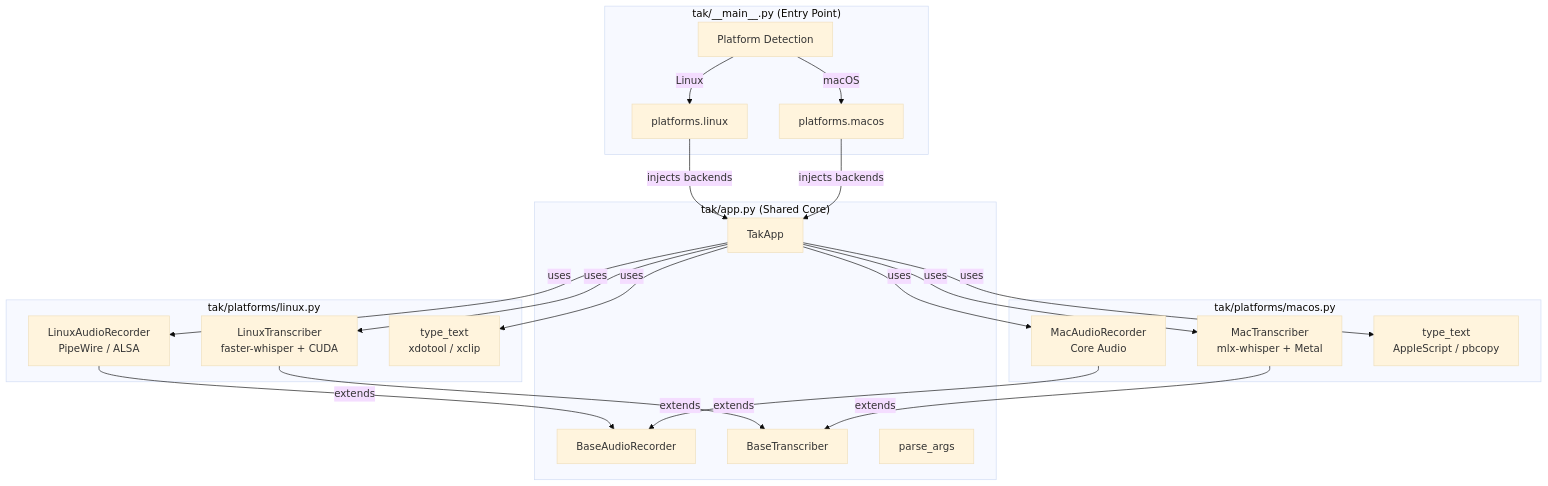
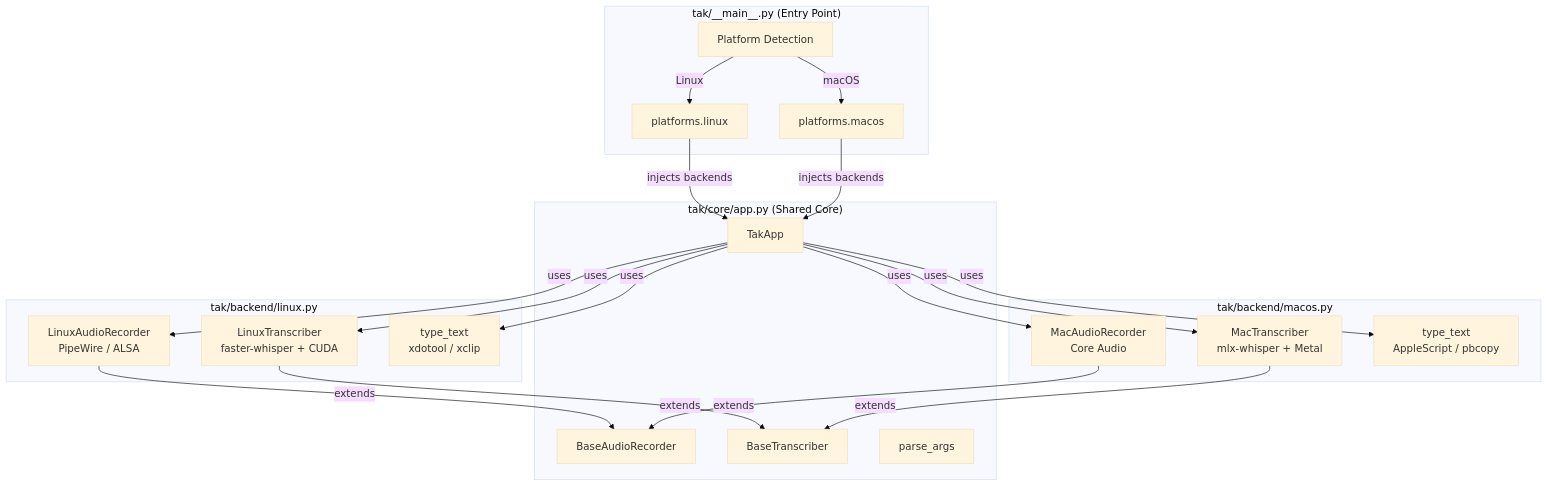
The diagram in README.md (lchonkan/tak), drawn with Mermaid (base theme) before and after one commit. The commit also changed other lines of this file and 45 other files, not shown here.

````diff
--- a/README.md
+++ b/README.md
@@ -249,39 +249,39 @@
 ```mermaid
 graph TD
     subgraph "tak/__main__.py (Entry Point)"
         EP[Platform Detection] --> |Linux| LINUX[platforms.linux]
         EP --> |macOS| MACOS[platforms.macos]
     end
 
-    subgraph "tak/app.py (Shared Core)"
+    subgraph "tak/core/app.py (Shared Core)"
         APP[TakApp]
         BASE_REC[BaseAudioRecorder]
         BASE_TR[BaseTranscriber]
         PARSE[parse_args]
     end
 
-    subgraph "tak/platforms/linux.py"
+    subgraph "tak/backend/linux.py"
         LREC[LinuxAudioRecorder<br/>PipeWire / ALSA]
         LTR[LinuxTranscriber<br/>faster-whisper + CUDA]
         LTI[type_text<br/>xdotool / xclip]
     end
 
-    subgraph "tak/platforms/macos.py"
+    subgraph "tak/backend/macos.py"
         MREC[MacAudioRecorder<br/>Core Audio]
         MTR[MacTranscriber<br/>mlx-whisper + Metal]
         MTI[type_text<br/>AppleScript / pbcopy]
     end
 
     LINUX --> |injects backends| APP
     MACOS --> |injects backends| APP
     LREC --> |extends| BASE_REC
     LTR --> |extends| BASE_TR
     MREC --> |extends| BASE_REC
     MTR --> |extends| BASE_TR
     APP --> |uses| LREC
     APP --> |uses| LTR
     APP --> |uses| LTI
     APP --> |uses| MREC
     APP --> |uses| MTR
     APP --> |uses| MTI
 ```
````
